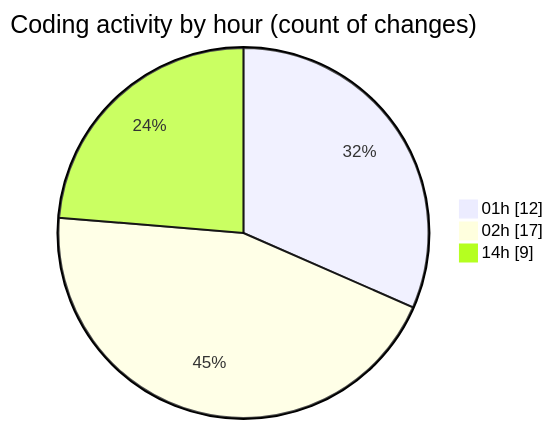
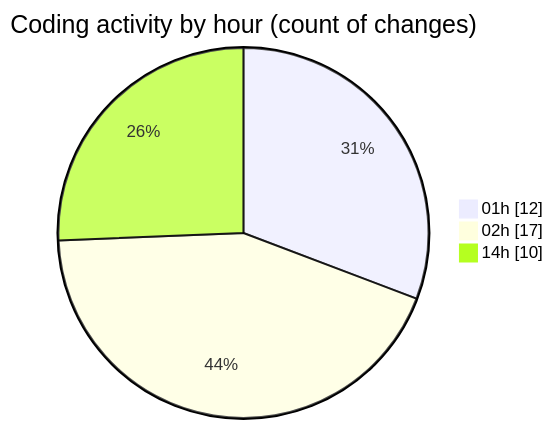
One commit to julien-gomy/code-tracking changed the second of 2 diagrams in 2025-11-16/eventscop-frontend-guide__workspace_/README.md. Above: the diagram before and after it, drawn with Mermaid. The commit also changed other lines of this file and 1 other file, not shown here.

````diff
--- a/2025-11-16/eventscop-frontend-guide__workspace_/README.md
+++ b/2025-11-16/eventscop-frontend-guide__workspace_/README.md
@@ -37,7 +38,7 @@
 ```mermaid
 pie showData
 title Coding activity by hour (count of changes)
 "01h" : 12
 "02h" : 17
-"14h" : 9
+"14h" : 10
 ```
````
